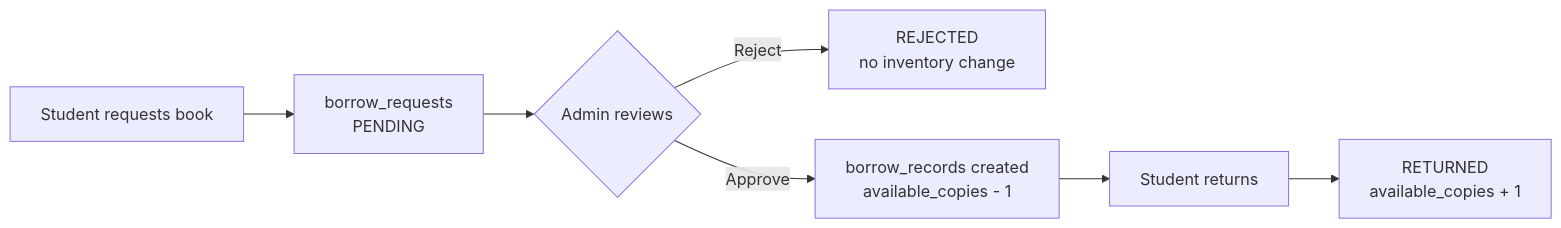
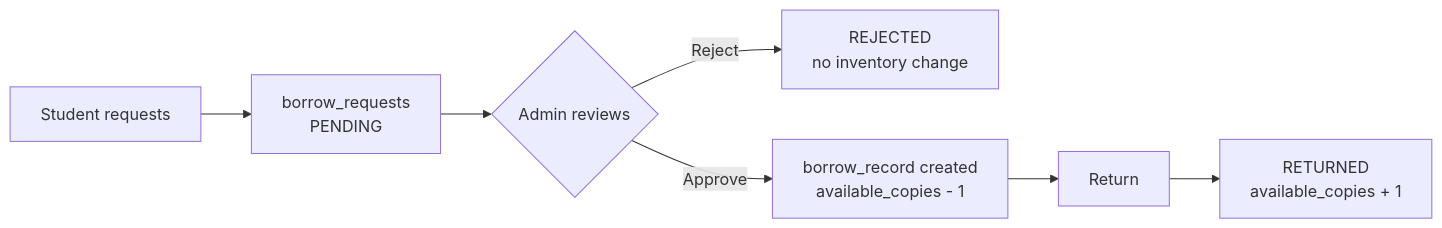
Before and after one commit to HarshVaibhav09/University-Library-Management-System: the diagram in README.md, drawn with Mermaid. The commit also changed other lines of this file, not shown here.

````diff
--- a/README.md
+++ b/README.md
@@ -55,9 +44,8 @@
 ```mermaid
 flowchart LR
-    A[Student requests book] --> B[borrow_requests<br/>PENDING]
+    A[Student requests] --> B[borrow_requests<br/>PENDING]
     B --> C{Admin reviews}
     C -->|Reject| D[REJECTED<br/>no inventory change]
-    C -->|Approve| E[borrow_records created<br/>available_copies - 1]
-    E --> F[Student returns]
-    F --> G[RETURNED<br/>available_copies + 1]
+    C -->|Approve| E[borrow_record created<br/>available_copies - 1]
+    E --> F[Return] --> G[RETURNED<br/>available_copies + 1]
 ```
````
